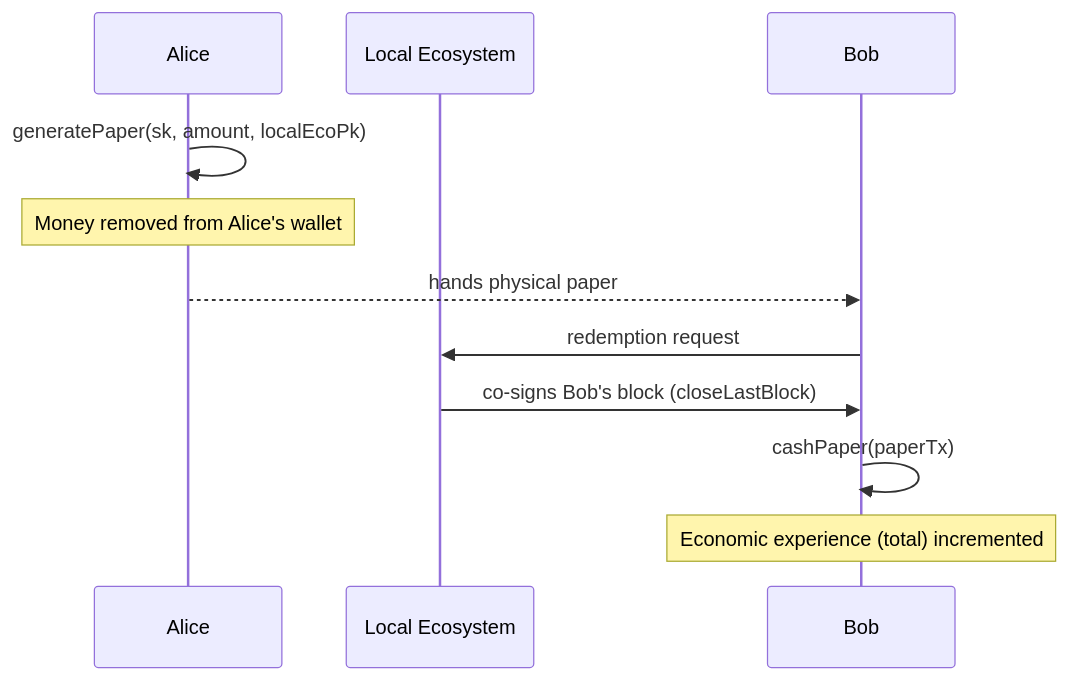
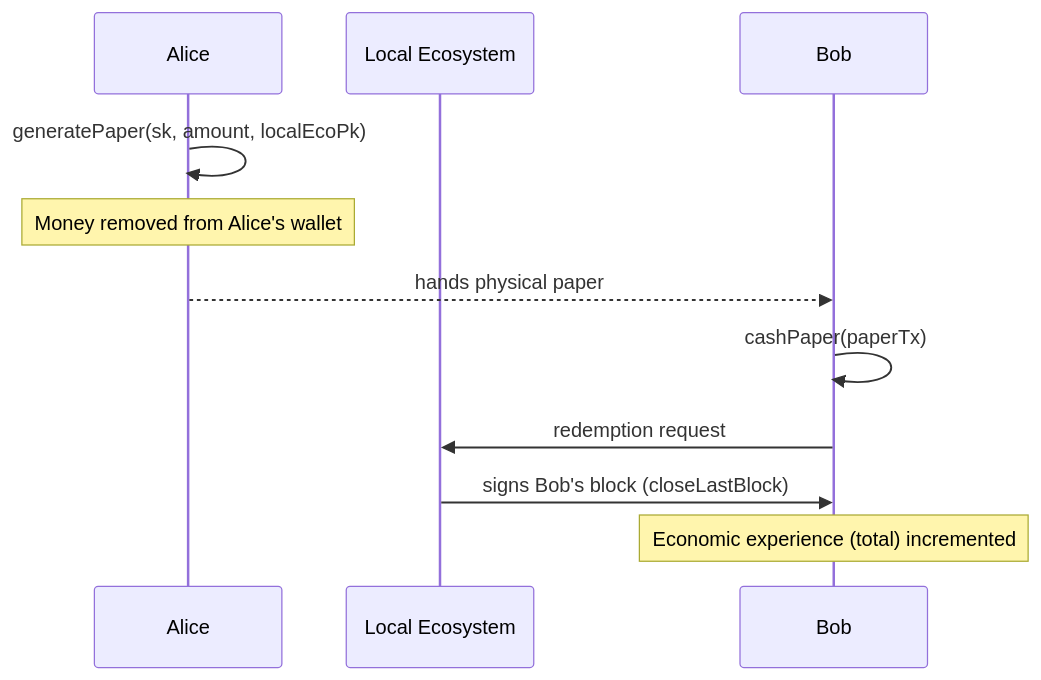
Before and after one commit to OrganicEconomy/organic-money.js: the fourth of 4 diagrams in README.md, drawn with Mermaid.

Commit message:
Minor fix on README

````diff
--- a/README.md
+++ b/README.md
@@ -181,15 +181,15 @@
 ```mermaid
 sequenceDiagram
     participant Alice
     participant LocalEco as Local Ecosystem
     participant Bob
 
     Alice->>Alice: generatePaper(sk, amount, localEcoPk)
     Note over Alice: Money removed from Alice's wallet
     Alice-->>Bob: hands physical paper
 
+    Bob->>Bob: cashPaper(paperTx)
     Bob->>LocalEco: redemption request
-    LocalEco->>Bob: co-signs Bob's block (closeLastBlock)
-    Bob->>Bob: cashPaper(paperTx)
+    LocalEco->>Bob: signs Bob's block (closeLastBlock)
     Note over Bob: Economic experience (total) incremented
 ```
````
